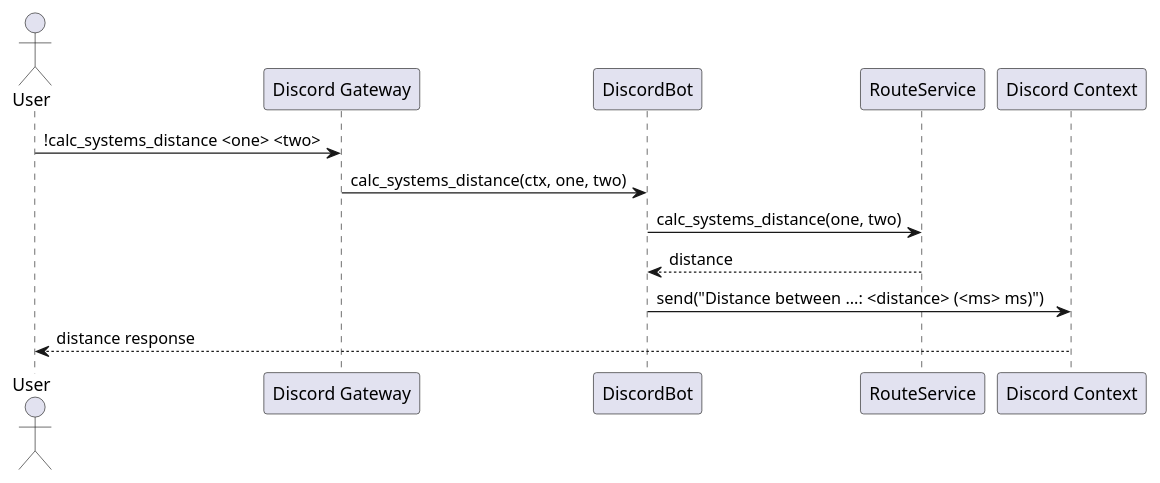
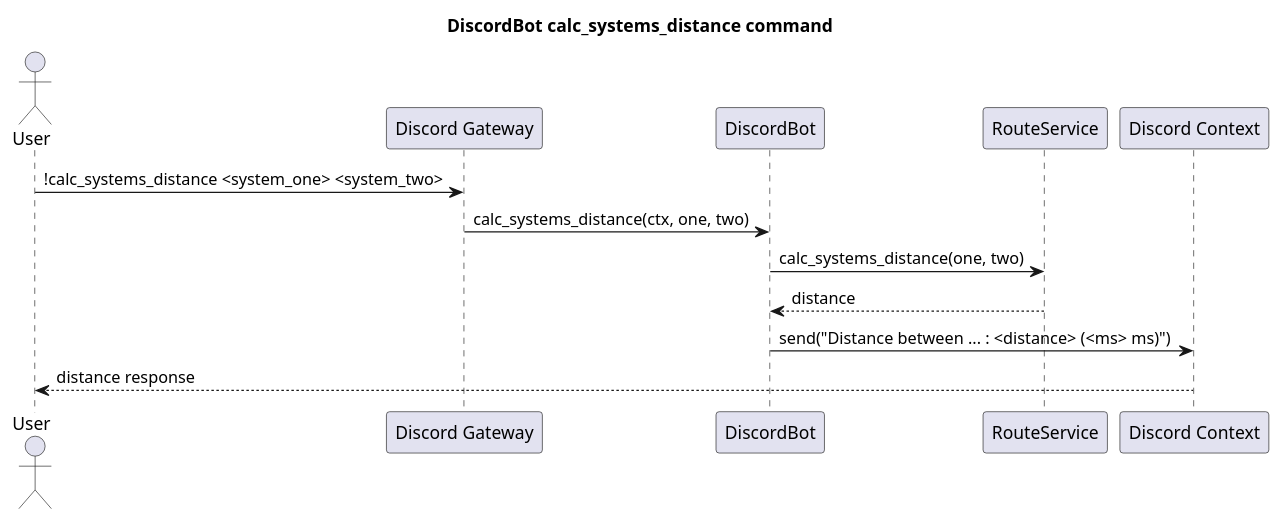
Before and after one commit to fazleskhan/elite_dangerous_discord_tools: the fourth of 7 diagrams in docs/discord_bot_sequences.puml, drawn with PlantUML. The commit also changed other lines of this file and 25 other files, not shown here.

Commit message:
updated README.md and sequence diagrams

```diff
--- a/docs/discord_bot_sequences.puml
+++ b/docs/discord_bot_sequences.puml
@@ -68,14 +70,15 @@
 @startuml discord_bot_calc_systems_distance
+title DiscordBot calc_systems_distance command
 actor User
 participant "Discord Gateway" as Discord
 participant "DiscordBot" as Bot
 participant "RouteService" as Route
 participant "Discord Context" as Ctx
 
-User -> Discord : !calc_systems_distance <one> <two>
+User -> Discord : !calc_systems_distance <system_one> <system_two>
 Discord -> Bot : calc_systems_distance(ctx, one, two)
 Bot -> Route : calc_systems_distance(one, two)
 Route --> Bot : distance
-Bot -> Ctx : send("Distance between ...: <distance> (<ms> ms)")
+Bot -> Ctx : send("Distance between ... : <distance> (<ms> ms)")
 Ctx --> User : distance response
 @enduml
```
